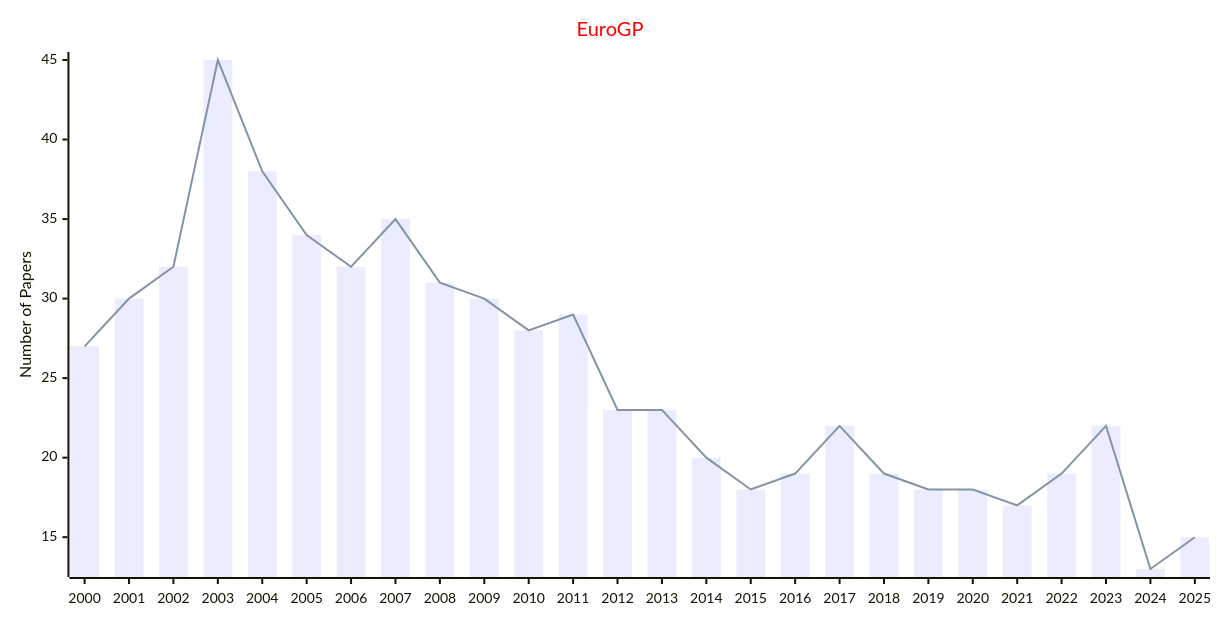
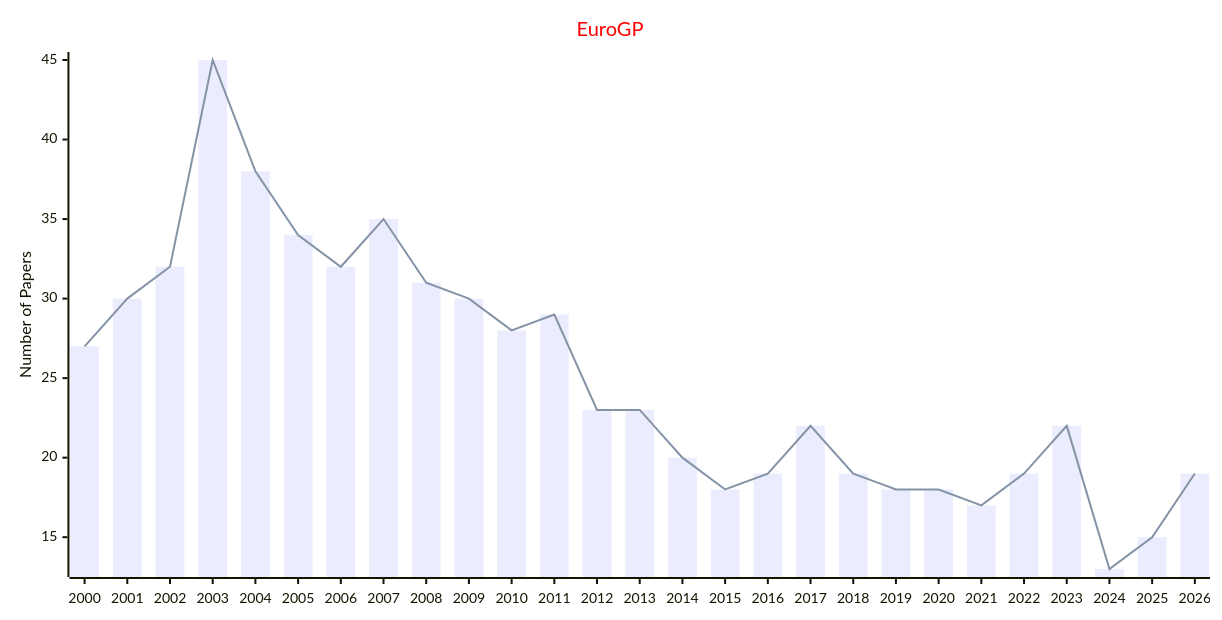
The third of 9 diagrams in docs/data/Conferences/Publishers_Conferences/SPRINGER.md (Easy-PhD/AILinks), drawn with Mermaid before and after one commit. The commit also changed other lines of this file and 15 other files, not shown here.

````diff
--- a/docs/data/Conferences/Publishers_Conferences/SPRINGER.md
+++ b/docs/data/Conferences/Publishers_Conferences/SPRINGER.md
@@ -63,17 +63,17 @@
 ```mermaid
 ---
 config:
     xyChart:
         width: 1200
         height: 600
     themeVariables:
         xyChart:
             titleColor: "#ff0000"
 ---
 xychart-beta
     title "EuroGP"
-    x-axis [2000, 2001, 2002, 2003, 2004, 2005, 2006, 2007, 2008, 2009, 2010, 2011, 2012, 2013, 2014, 2015, 2016, 2017, 2018, 2019, 2020, 2021, 2022, 2023, 2024, 2025]
+    x-axis [2000, 2001, 2002, 2003, 2004, 2005, 2006, 2007, 2008, 2009, 2010, 2011, 2012, 2013, 2014, 2015, 2016, 2017, 2018, 2019, 2020, 2021, 2022, 2023, 2024, 2025, 2026]
     y-axis "Number of Papers"
-    bar [27, 30, 32, 45, 38, 34, 32, 35, 31, 30, 28, 29, 23, 23, 20, 18, 19, 22, 19, 18, 18, 17, 19, 22, 13, 15]
-    line [27, 30, 32, 45, 38, 34, 32, 35, 31, 30, 28, 29, 23, 23, 20, 18, 19, 22, 19, 18, 18, 17, 19, 22, 13, 15]
+    bar [27, 30, 32, 45, 38, 34, 32, 35, 31, 30, 28, 29, 23, 23, 20, 18, 19, 22, 19, 18, 18, 17, 19, 22, 13, 15, 19]
+    line [27, 30, 32, 45, 38, 34, 32, 35, 31, 30, 28, 29, 23, 23, 20, 18, 19, 22, 19, 18, 18, 17, 19, 22, 13, 15, 19]
 ```
````
